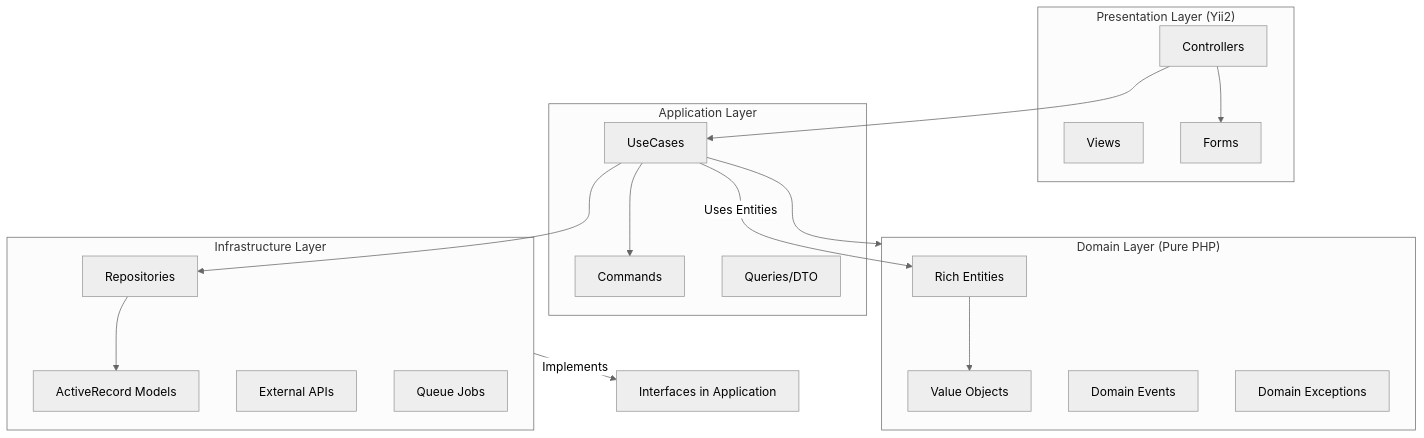
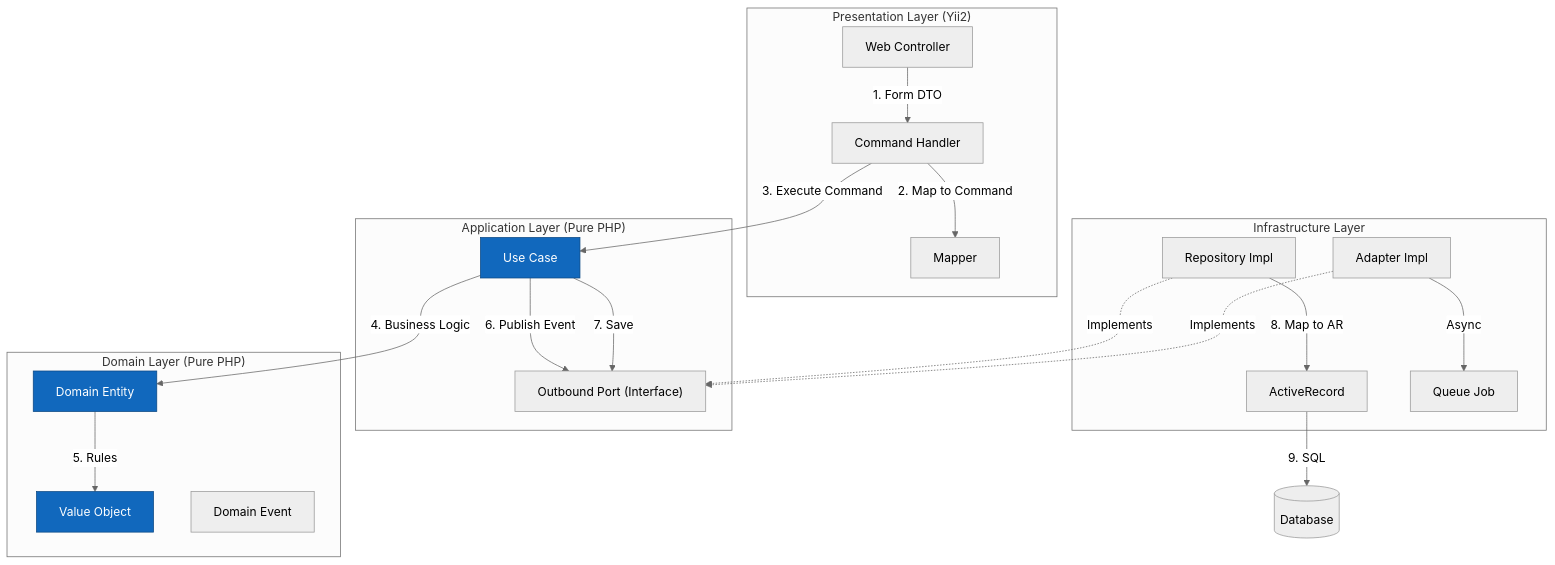
Before and after one commit to WarLikeLaux/yii2-book-catalog: the third of 3 diagrams in docs/ARCHITECTURE.md, drawn with Mermaid (neutral theme). The commit also changed other lines of this file, not shown here.

Commit message:
#23 - added C4 Model diagrams to ARCHITECTURE.md

````diff
--- a/docs/ARCHITECTURE.md
+++ b/docs/ARCHITECTURE.md
@@ -40,39 +98,52 @@
 ```mermaid
 graph TD
     subgraph Presentation ["Presentation Layer (Yii2)"]
-        Controllers[Controllers]
-        Views[Views]
-        Forms[Forms]
+        Controller[Web Controller]
+        Handler[Command Handler]
+        Mapper[Mapper]
     end
 
-    subgraph Application ["Application Layer"]
-        UseCases[UseCases]
-        Commands[Commands]
-        Queries[Queries/DTO]
-        UseCases --> Commands
+    subgraph Application ["Application Layer (Pure PHP)"]
+        UseCase[Use Case]
+        Port["Outbound Port (Interface)"]
     end
 
     subgraph Domain ["Domain Layer (Pure PHP)"]
-        Entities[Rich Entities]
-        VO[Value Objects]
-        Events[Domain Events]
-        Exceptions[Domain Exceptions]
-        Entities --> VO
+        Entity[Domain Entity]
+        VO[Value Object]
+        Event[Domain Event]
     end
 
     subgraph Infrastructure ["Infrastructure Layer"]
-        Repositories[Repositories]
-        ActiveRecord[ActiveRecord Models]
-        ExternalAPI[External APIs]
-        Queue[Queue Jobs]
+        RepoImpl[Repository Impl]
+        Adapter[Adapter Impl]
+        AR[ActiveRecord]
+        Job[Queue Job]
     end
 
-    %% Dependencies
-    Controllers --> UseCases
-    Controllers --> Forms
-    UseCases --> Domain
-    UseCases -- Uses Entities --> Entities
-    UseCases --> Repositories
-    Repositories --> ActiveRecord
-    Infrastructure -- Implements --> Ports[Interfaces in Application]
+    DB[(Database)]
+
+    %% Request Flow
+    Controller -- "1. Form DTO" --> Handler
+    Handler -- "2. Map to Command" --> Mapper
+    Handler -- "3. Execute Command" --> UseCase
+    
+    %% Logic Flow
+    UseCase -- "4. Business Logic" --> Entity
+    Entity -- "5. Rules" --> VO
+    UseCase -- "6. Publish Event" --> Port
+    UseCase -- "7. Save" --> Port
+    
+    %% Infra Implementation
+    RepoImpl -.->|"Implements"| Port
+    Adapter -.->|"Implements"| Port
+    
+    RepoImpl -- "8. Map to AR" --> AR
+    AR -- "9. SQL" --> DB
+    
+    Adapter -- "Async" --> Job
+    
+    style UseCase fill:#1168bd,stroke:#0b4884,color:#ffffff
+    style Entity fill:#1168bd,stroke:#0b4884,color:#ffffff
+    style VO fill:#1168bd,stroke:#0b4884,color:#ffffff
 ```
````
